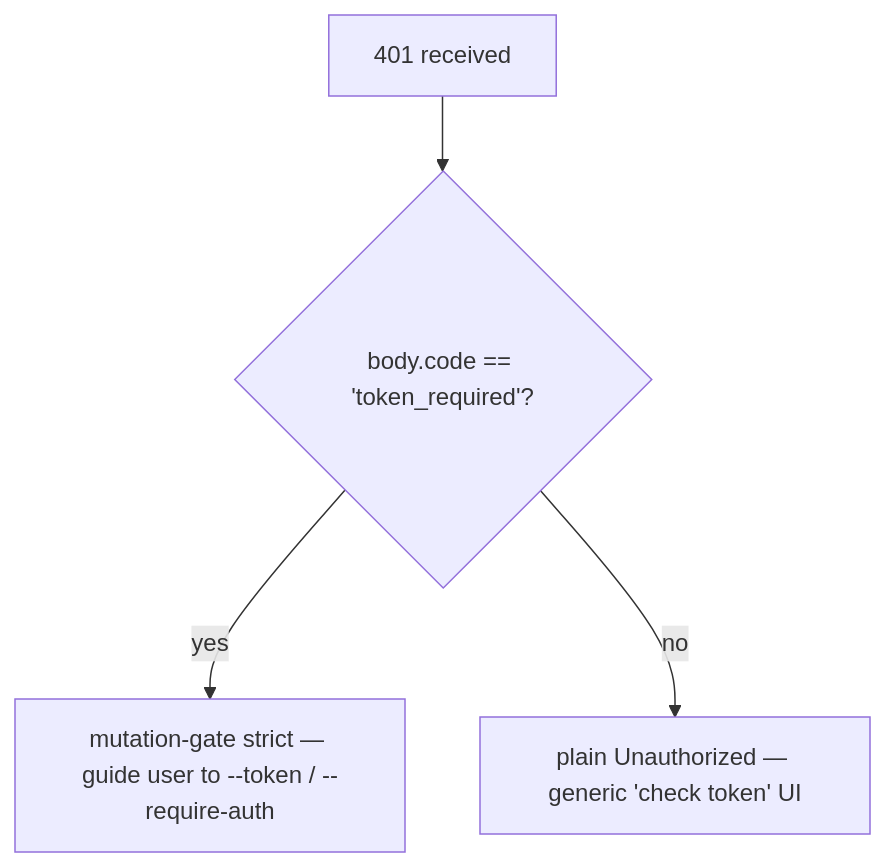
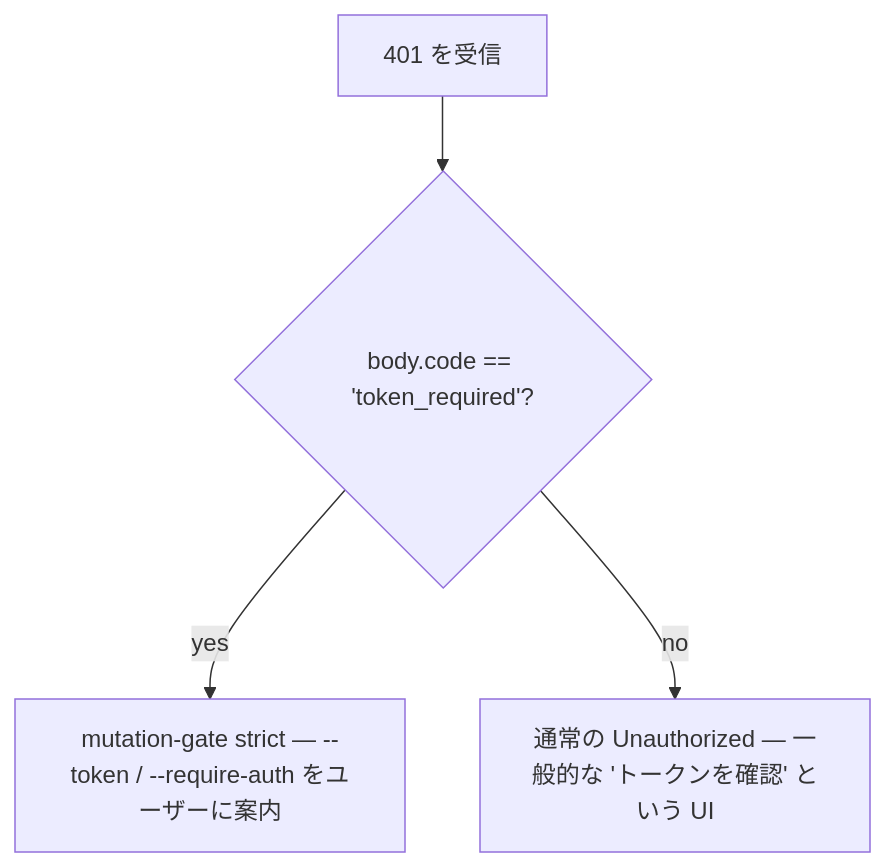
One commit to QwenLM/qwen-code-docs changed the second of 2 diagrams in website/content/ja/developers/daemon/18-error-taxonomy.md. Above: the diagram before and after it, drawn with Mermaid. The commit also changed other lines of this file and 1077 other files, not shown here.

````diff
--- a/website/content/ja/developers/daemon/18-error-taxonomy.md
+++ b/website/content/ja/developers/daemon/18-error-taxonomy.md
@@ -136,6 +135,6 @@
 ```mermaid
 flowchart TD
-    A["401 received"] --> B{"body.code == 'token_required'?"}
-    B -->|yes| C["mutation-gate strict — guide user to --token / --require-auth"]
-    B -->|no| D["plain Unauthorized — generic 'check token' UI"]
+    A["401 を受信"] --> B{"body.code == 'token_required'?"}
+    B -->|yes| C["mutation-gate strict — --token / --require-auth をユーザーに案内"]
+    B -->|no| D["通常の Unauthorized — 一般的な 'トークンを確認' という UI"]
 ```
````
